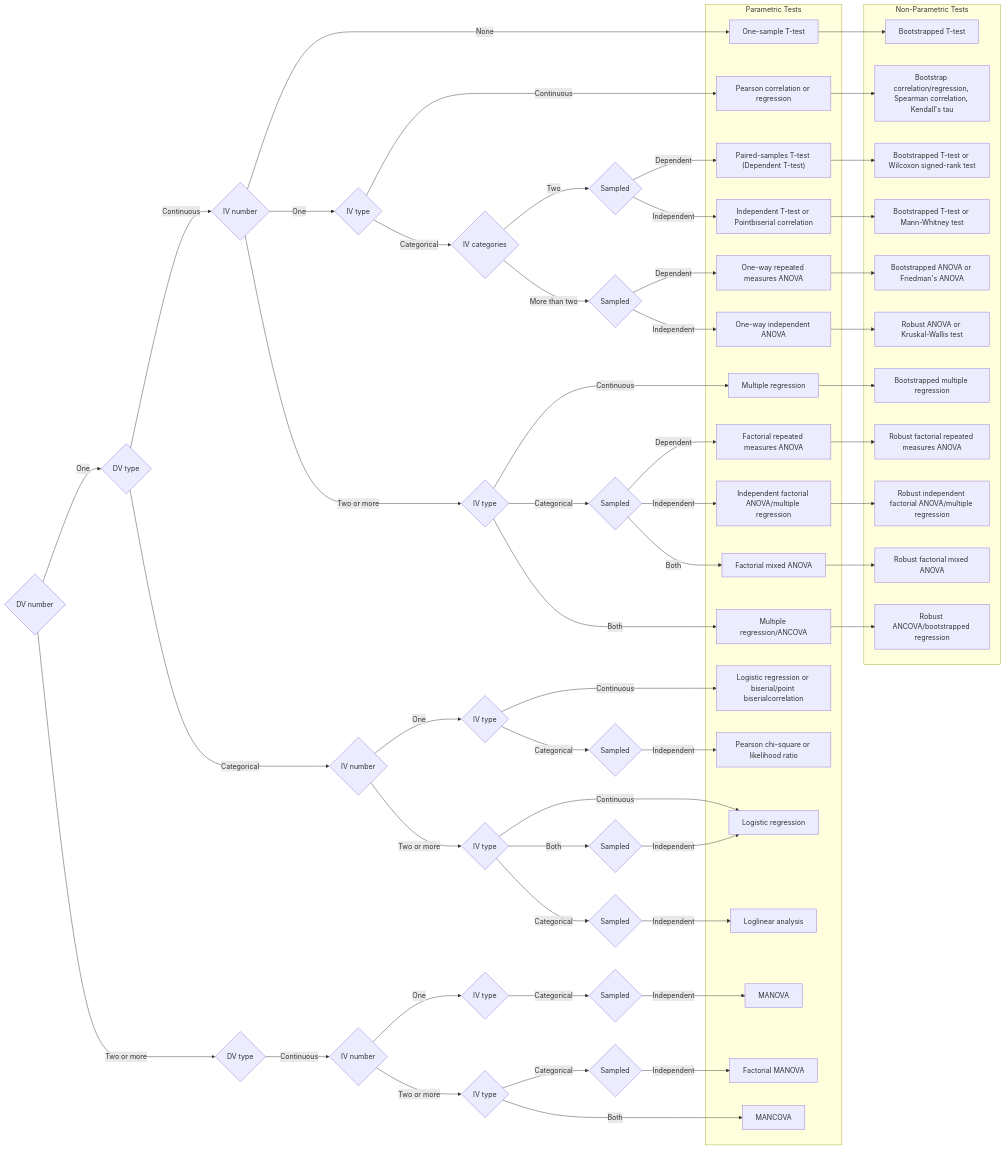
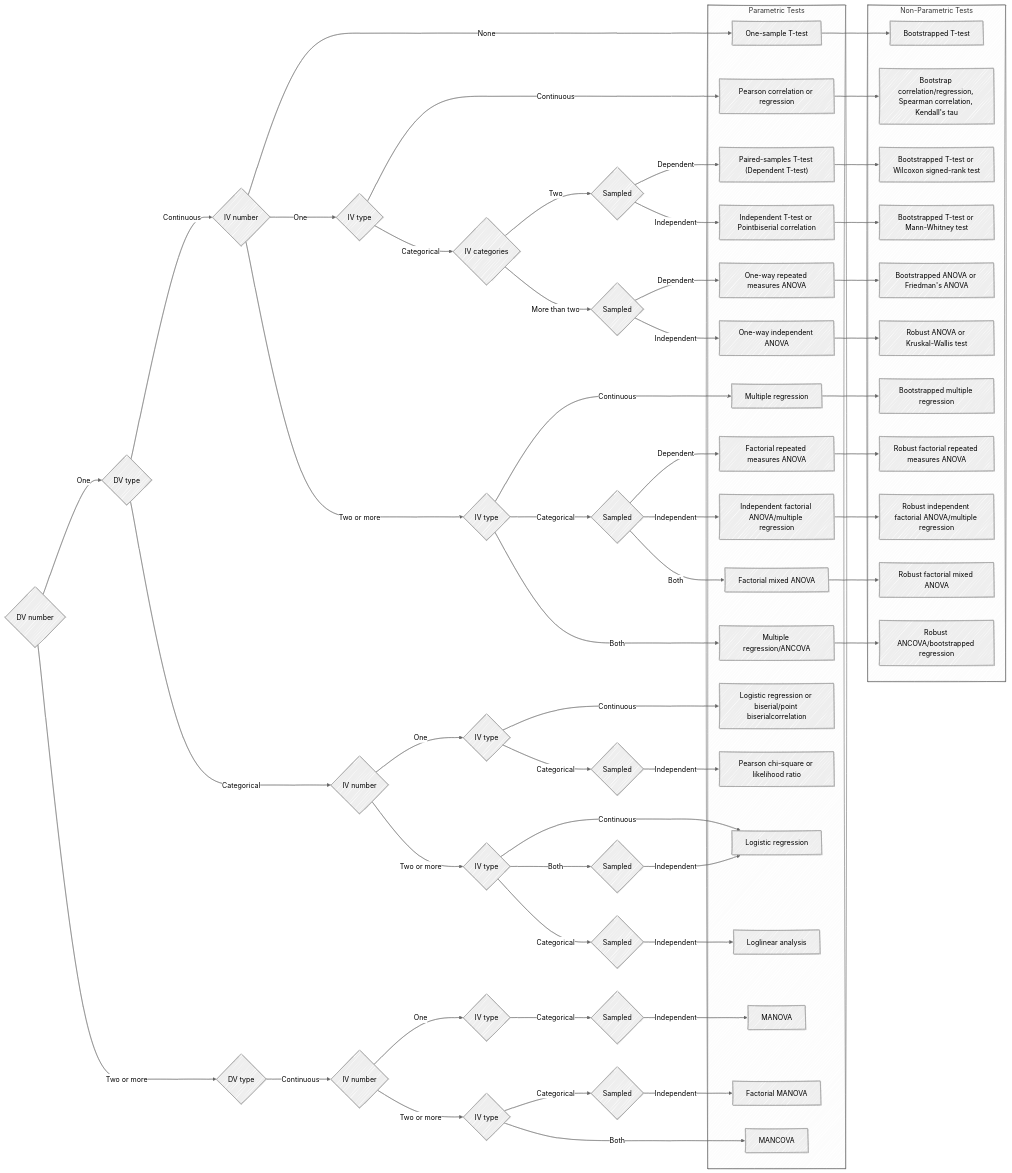
Before and after one commit to ShKlinkenberg/statistical-test-selection: the diagram in test_selection_flowchart.mmd, drawn with Mermaid. The commit also changed 1 other file, not shown here.

```diff
--- a/test_selection_flowchart.mmd
+++ b/test_selection_flowchart.mmd
@@ -1,105 +1,111 @@
+---
+config:
+  look: handDrawn
+  theme: neutral
+---
+
 graph LR
     DV_number{"DV number"}
     DV_number_One_DV_type{"DV type"}
     DV_number_One_DV_type_Continuous_IV_number{"IV number"}
     DV_number_One_DV_type_Continuous_IV_number_One_IV_type{"IV type"}
     DV_number_One_DV_type_Continuous_IV_number_One_IV_type_Categorical_IV_categories{"IV categories"}
     DV_number_One_DV_type_Continuous_IV_number_One_IV_type_Categorical_IV_categories_Two_Sampled{"Sampled"}
     DV_number_One_DV_type_Continuous_IV_number_One_IV_type_Categorical_IV_categories_More_than_two_Sampled{"Sampled"}
     DV_number_One_DV_type_Continuous_IV_number_Two_or_more_IV_type{"IV type"}
     DV_number_One_DV_type_Continuous_IV_number_Two_or_more_IV_type_Categorical_Sampled{"Sampled"}
     DV_number_One_DV_type_Categorical_IV_number{"IV number"}
     DV_number_One_DV_type_Categorical_IV_number_One_IV_type{"IV type"}
     DV_number_One_DV_type_Categorical_IV_number_One_IV_type_Categorical_Sampled{"Sampled"}
     DV_number_One_DV_type_Categorical_IV_number_Two_or_more_IV_type{"IV type"}
     DV_number_One_DV_type_Categorical_IV_number_Two_or_more_IV_type_Categorical_Sampled{"Sampled"}
     DV_number_One_DV_type_Categorical_IV_number_Two_or_more_IV_type_Both_Sampled{"Sampled"}
     DV_number_Two_or_more_DV_type{"DV type"}
     DV_number_Two_or_more_DV_type_Continuous_IV_number{"IV number"}
     DV_number_Two_or_more_DV_type_Continuous_IV_number_One_IV_type{"IV type"}
     DV_number_Two_or_more_DV_type_Continuous_IV_number_One_IV_type_Categorical_Sampled{"Sampled"}
     DV_number_Two_or_more_DV_type_Continuous_IV_number_Two_or_more_IV_type{"IV type"}
     DV_number_Two_or_more_DV_type_Continuous_IV_number_Two_or_more_IV_type_Categorical_Sampled{"Sampled"}
     subgraph parametric_tests["Parametric Tests"]
         One_sample_T_test["One-sample T-test"]
         Pearson_correlation_or_regression["Pearson correlation or regression"]
         Paired_samples_T_test_Dependent_T_test["Paired-samples T-test (Dependent T-test)"]
         Independent_T_test_or_Pointbiserial_correlation["Independent T-test or Pointbiserial correlation"]
         One_way_repeated_measures_ANOVA["One-way repeated measures ANOVA"]
         One_way_independent_ANOVA["One-way independent ANOVA"]
         Multiple_regression["Multiple regression"]
         Factorial_repeated_measures_ANOVA["Factorial repeated measures ANOVA"]
         Independent_factorial_ANOVA_multiple_regression["Independent factorial ANOVA/multiple regression"]
         Factorial_mixed_ANOVA["Factorial mixed ANOVA"]
         Multiple_regression_ANCOVA["Multiple regression/ANCOVA"]
         Logistic_regression_or_biserial_point_biserialcorrelation["Logistic regression or biserial/point biserialcorrelation"]
         Pearson_chi_square_or_likelihood_ratio["Pearson chi-square or likelihood ratio"]
         Logistic_regression["Logistic regression"]
         Loglinear_analysis["Loglinear analysis"]
         MANOVA["MANOVA"]
         Factorial_MANOVA["Factorial MANOVA"]
         MANCOVA["MANCOVA"]
     end
     subgraph nonparametric_tests["Non-Parametric Tests"]
         Bootstrapped_T_test["Bootstrapped T-test"]
         Bootstrap_correlation_regression_Spearman_correlation_Kendall_s_tau["Bootstrap correlation/regression, Spearman correlation, Kendall's tau"]
         Bootstrapped_T_test_or_Wilcoxon_signed_rank_test["Bootstrapped T-test or Wilcoxon signed-rank test"]
         Bootstrapped_T_test_or_Mann_Whitney_test["Bootstrapped T-test or Mann-Whitney test"]
         Bootstrapped_ANOVA_or_Friedman_s_ANOVA["Bootstrapped ANOVA or Friedman's ANOVA"]
         Robust_ANOVA_or_Kruskal_Wallis_test["Robust ANOVA or Kruskal-Wallis test"]
         Bootstrapped_multiple_regression["Bootstrapped multiple regression"]
         Robust_factorial_repeated_measures_ANOVA["Robust factorial repeated measures ANOVA"]
         Robust_independent_factorial_ANOVA_multiple_regression["Robust independent factorial ANOVA/multiple regression"]
         Robust_factorial_mixed_ANOVA["Robust factorial mixed ANOVA"]
         Robust_ANCOVA_bootstrapped_regression["Robust ANCOVA/bootstrapped regression"]
     end
     DV_number -->|"One"| DV_number_One_DV_type
     DV_number_One_DV_type -->|"Continuous"| DV_number_One_DV_type_Continuous_IV_number
     DV_number_One_DV_type_Continuous_IV_number -->|"None"| One_sample_T_test
     One_sample_T_test --> Bootstrapped_T_test
     DV_number_One_DV_type_Continuous_IV_number -->|"One"| DV_number_One_DV_type_Continuous_IV_number_One_IV_type
     DV_number_One_DV_type_Continuous_IV_number_One_IV_type -->|"Continuous"| Pearson_correlation_or_regression
     Pearson_correlation_or_regression --> Bootstrap_correlation_regression_Spearman_correlation_Kendall_s_tau
     DV_number_One_DV_type_Continuous_IV_number_One_IV_type -->|"Categorical"| DV_number_One_DV_type_Continuous_IV_number_One_IV_type_Categorical_IV_categories
     DV_number_One_DV_type_Continuous_IV_number_One_IV_type_Categorical_IV_categories -->|"Two"| DV_number_One_DV_type_Continuous_IV_number_One_IV_type_Categorical_IV_categories_Two_Sampled
     DV_number_One_DV_type_Continuous_IV_number_One_IV_type_Categorical_IV_categories_Two_Sampled -->|"Dependent"| Paired_samples_T_test_Dependent_T_test
     Paired_samples_T_test_Dependent_T_test --> Bootstrapped_T_test_or_Wilcoxon_signed_rank_test
     DV_number_One_DV_type_Continuous_IV_number_One_IV_type_Categorical_IV_categories_Two_Sampled -->|"Independent"| Independent_T_test_or_Pointbiserial_correlation
     Independent_T_test_or_Pointbiserial_correlation --> Bootstrapped_T_test_or_Mann_Whitney_test
     DV_number_One_DV_type_Continuous_IV_number_One_IV_type_Categorical_IV_categories -->|"More than two"| DV_number_One_DV_type_Continuous_IV_number_One_IV_type_Categorical_IV_categories_More_than_two_Sampled
     DV_number_One_DV_type_Continuous_IV_number_One_IV_type_Categorical_IV_categories_More_than_two_Sampled -->|"Dependent"| One_way_repeated_measures_ANOVA
     One_way_repeated_measures_ANOVA --> Bootstrapped_ANOVA_or_Friedman_s_ANOVA
     DV_number_One_DV_type_Continuous_IV_number_One_IV_type_Categorical_IV_categories_More_than_two_Sampled -->|"Independent"| One_way_independent_ANOVA
     One_way_independent_ANOVA --> Robust_ANOVA_or_Kruskal_Wallis_test
     DV_number_One_DV_type_Continuous_IV_number -->|"Two or more"| DV_number_One_DV_type_Continuous_IV_number_Two_or_more_IV_type
     DV_number_One_DV_type_Continuous_IV_number_Two_or_more_IV_type -->|"Continuous"| Multiple_regression
     Multiple_regression --> Bootstrapped_multiple_regression
     DV_number_One_DV_type_Continuous_IV_number_Two_or_more_IV_type -->|"Categorical"| DV_number_One_DV_type_Continuous_IV_number_Two_or_more_IV_type_Categorical_Sampled
     DV_number_One_DV_type_Continuous_IV_number_Two_or_more_IV_type_Categorical_Sampled -->|"Dependent"| Factorial_repeated_measures_ANOVA
     Factorial_repeated_measures_ANOVA --> Robust_factorial_repeated_measures_ANOVA
     DV_number_One_DV_type_Continuous_IV_number_Two_or_more_IV_type_Categorical_Sampled -->|"Independent"| Independent_factorial_ANOVA_multiple_regression
     Independent_factorial_ANOVA_multiple_regression --> Robust_independent_factorial_ANOVA_multiple_regression
     DV_number_One_DV_type_Continuous_IV_number_Two_or_more_IV_type_Categorical_Sampled -->|"Both"| Factorial_mixed_ANOVA
     Factorial_mixed_ANOVA --> Robust_factorial_mixed_ANOVA
     DV_number_One_DV_type_Continuous_IV_number_Two_or_more_IV_type -->|"Both"| Multiple_regression_ANCOVA
     Multiple_regression_ANCOVA --> Robust_ANCOVA_bootstrapped_regression
     DV_number_One_DV_type -->|"Categorical"| DV_number_One_DV_type_Categorical_IV_number
     DV_number_One_DV_type_Categorical_IV_number -->|"One"| DV_number_One_DV_type_Categorical_IV_number_One_IV_type
     DV_number_One_DV_type_Categorical_IV_number_One_IV_type -->|"Continuous"| Logistic_regression_or_biserial_point_biserialcorrelation
     DV_number_One_DV_type_Categorical_IV_number_One_IV_type -->|"Categorical"| DV_number_One_DV_type_Categorical_IV_number_One_IV_type_Categorical_Sampled
     DV_number_One_DV_type_Categorical_IV_number_One_IV_type_Categorical_Sampled -->|"Independent"| Pearson_chi_square_or_likelihood_ratio
     DV_number_One_DV_type_Categorical_IV_number -->|"Two or more"| DV_number_One_DV_type_Categorical_IV_number_Two_or_more_IV_type
     DV_number_One_DV_type_Categorical_IV_number_Two_or_more_IV_type -->|"Continuous"| Logistic_regression
     DV_number_One_DV_type_Categorical_IV_number_Two_or_more_IV_type -->|"Categorical"| DV_number_One_DV_type_Categorical_IV_number_Two_or_more_IV_type_Categorical_Sampled
     DV_number_One_DV_type_Categorical_IV_number_Two_or_more_IV_type_Categorical_Sampled -->|"Independent"| Loglinear_analysis
     DV_number_One_DV_type_Categorical_IV_number_Two_or_more_IV_type -->|"Both"| DV_number_One_DV_type_Categorical_IV_number_Two_or_more_IV_type_Both_Sampled
     DV_number_One_DV_type_Categorical_IV_number_Two_or_more_IV_type_Both_Sampled -->|"Independent"| Logistic_regression
     DV_number -->|"Two or more"| DV_number_Two_or_more_DV_type
     DV_number_Two_or_more_DV_type -->|"Continuous"| DV_number_Two_or_more_DV_type_Continuous_IV_number
     DV_number_Two_or_more_DV_type_Continuous_IV_number -->|"One"| DV_number_Two_or_more_DV_type_Continuous_IV_number_One_IV_type
     DV_number_Two_or_more_DV_type_Continuous_IV_number_One_IV_type -->|"Categorical"| DV_number_Two_or_more_DV_type_Continuous_IV_number_One_IV_type_Categorical_Sampled
     DV_number_Two_or_more_DV_type_Continuous_IV_number_One_IV_type_Categorical_Sampled -->|"Independent"| MANOVA
     DV_number_Two_or_more_DV_type_Continuous_IV_number -->|"Two or more"| DV_number_Two_or_more_DV_type_Continuous_IV_number_Two_or_more_IV_type
     DV_number_Two_or_more_DV_type_Continuous_IV_number_Two_or_more_IV_type -->|"Categorical"| DV_number_Two_or_more_DV_type_Continuous_IV_number_Two_or_more_IV_type_Categorical_Sampled
     DV_number_Two_or_more_DV_type_Continuous_IV_number_Two_or_more_IV_type_Categorical_Sampled -->|"Independent"| Factorial_MANOVA
     DV_number_Two_or_more_DV_type_Continuous_IV_number_Two_or_more_IV_type -->|"Both"| MANCOVA
```
